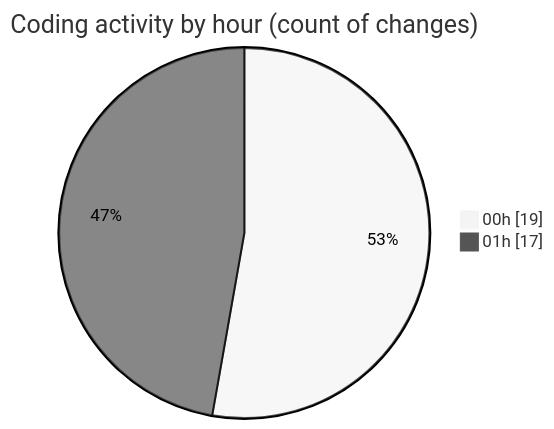
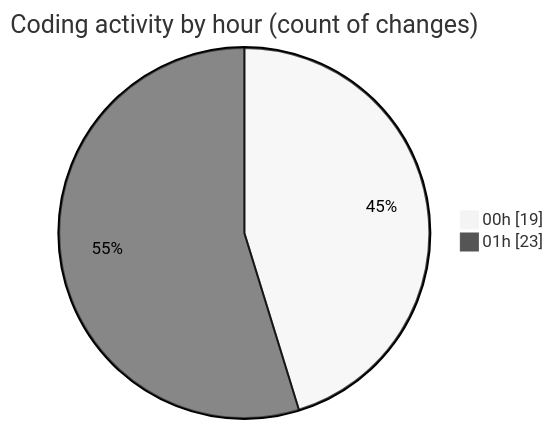
Before and after one commit to lephambinh05/code-tracking: the second of 2 diagrams in 2025-07-25/quanlyrapchieuphim-1/README.md, drawn with Mermaid (neutral theme). The commit also changed other lines of this file and 1 other file, not shown here.

````diff
--- a/2025-07-25/quanlyrapchieuphim-1/README.md
+++ b/2025-07-25/quanlyrapchieuphim-1/README.md
@@ -32,6 +33,6 @@
 ```mermaid
 pie showData
 title Coding activity by hour (count of changes)
 "00h" : 19
-"01h" : 17
+"01h" : 23
 ```
````
